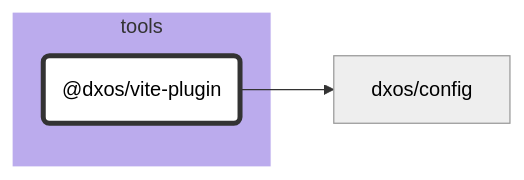
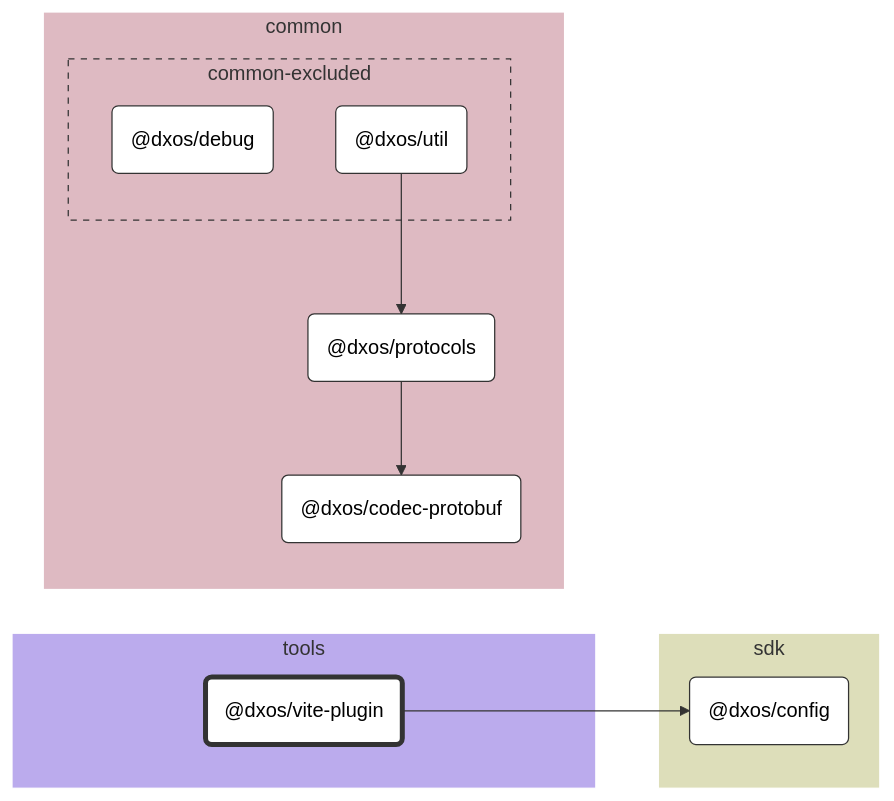
Before and after one commit to dxos/dxos: the diagram in tools/vite-plugin/docs/README.md, drawn with Mermaid (neutral theme). The commit also changed 65 other files, not shown here.

````diff
--- a/tools/vite-plugin/docs/README.md
+++ b/tools/vite-plugin/docs/README.md
@@ -7,21 +7,45 @@
 ```mermaid
 %%{ init: {'flowchart':{'curve':'basis'}} }%%
 
 flowchart LR
 
 %% Classes
 classDef def fill:#fff,stroke:#333,stroke-width:1px
 classDef root fill:#fff,stroke:#333,stroke-width:4px
 
 %% Nodes
 
 subgraph tools [tools]
   style tools fill:#bbabed,stroke:#fff
   dxos/vite-plugin("@dxos/vite-plugin"):::root
   click dxos/vite-plugin "dxos/dxos/tree/main/tools/vite-plugin/docs"
 end
 
+subgraph sdk [sdk]
+  style sdk fill:#dddeba,stroke:#fff
+  dxos/config("@dxos/config"):::def
+  click dxos/config "dxos/dxos/tree/main/packages/sdk/config/docs"
+end
+
+subgraph common [common]
+  style common fill:#debac2,stroke:#fff
+  dxos/codec-protobuf("@dxos/codec-protobuf"):::def
+  click dxos/codec-protobuf "dxos/dxos/tree/main/packages/common/codec-protobuf/docs"
+  dxos/protocols("@dxos/protocols"):::def
+  click dxos/protocols "dxos/dxos/tree/main/packages/common/protocols/docs"
+
+  subgraph common-excluded [common-excluded]
+    style common-excluded fill:#debac2,stroke:#333,stroke-dasharray:5 5
+    dxos/debug("@dxos/debug"):::def
+    click dxos/debug "dxos/dxos/tree/main/packages/common/debug/docs"
+    dxos/util("@dxos/util"):::def
+    click dxos/util "dxos/dxos/tree/main/packages/common/util/docs"
+  end
+end
+
 %% Links
 linkStyle default stroke:#333,stroke-width:1px
 dxos/vite-plugin --> dxos/config
+dxos/protocols --> dxos/codec-protobuf
+dxos/util --> dxos/protocols
 ```
````
